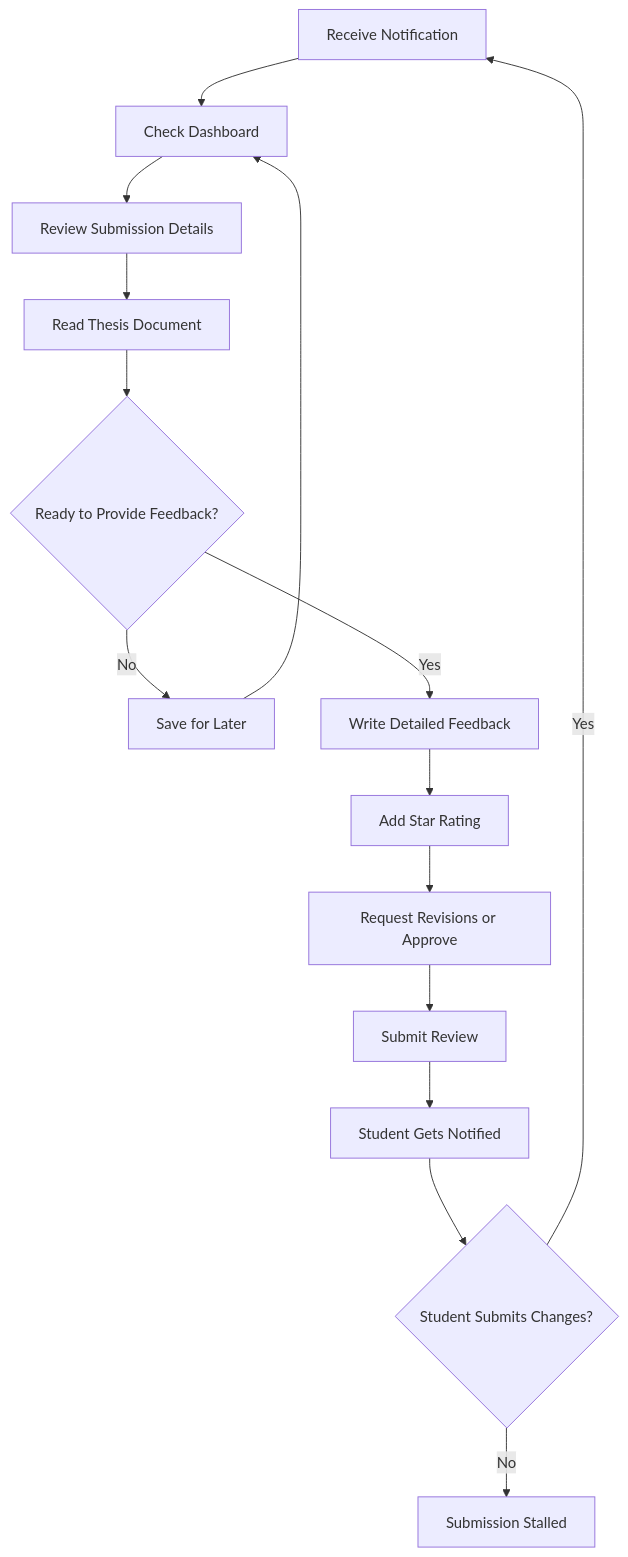
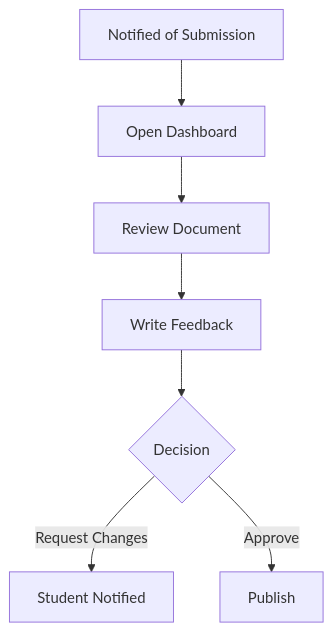
Before and after one commit to sazid-zero/SUST-Research-Hub: the second of 3 diagrams in README.md, drawn with Mermaid. The commit also changed other lines of this file, not shown here.

````diff
--- a/README.md
+++ b/README.md
@@ -262,17 +121,9 @@
 ```mermaid
 graph TD
-    A["Receive Notification"] --> B["Check Dashboard"]
-    B --> C["Review Submission Details"]
-    C --> D["Read Thesis Document"]
-    D --> E{"Ready to Provide Feedback?"}
-    E -->|No| F["Save for Later"]
-    F --> B
-    E -->|Yes| G["Write Detailed Feedback"]
-    G --> H["Add Star Rating"]
-    H --> I["Request Revisions or Approve"]
-    I --> J["Submit Review"]
-    J --> K["Student Gets Notified"]
-    K --> L{"Student Submits Changes?"}
-    L -->|Yes| A
-    L -->|No| M["Submission Stalled"]
+    A["Notified of Submission"] --> B["Open Dashboard"]
+    B --> C["Review Document"]
+    C --> D["Write Feedback"]
+    D --> E{"Decision"}
+    E -->|Request Changes| F["Student Notified"]
+    E -->|Approve| G["Publish"]
 ```
````
